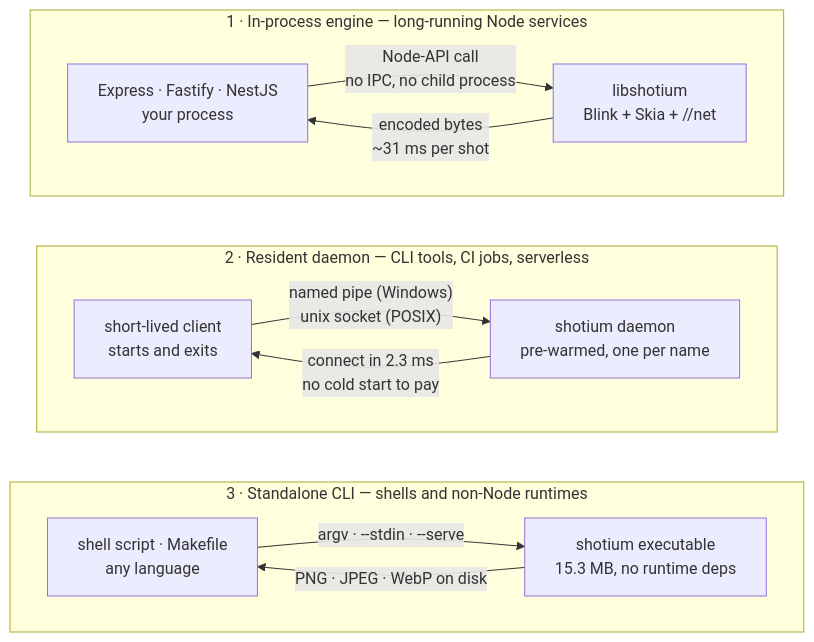
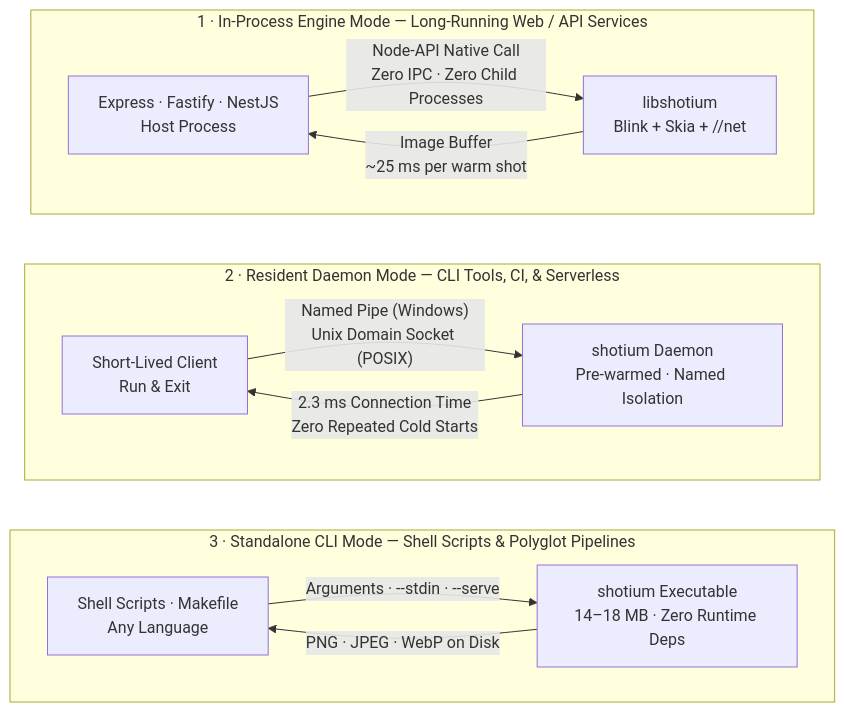
Before and after one commit to sj817/shotium: the first of 2 diagrams in README.md, drawn with Mermaid. The commit also changed other lines of this file and 3 other files, not shown here.

````diff
--- a/README.md
+++ b/README.md
@@ -168,28 +196,28 @@
 ```mermaid
 flowchart TB
-    subgraph inproc["1 · In-process engine — long-running Node services"]
+    subgraph inproc["1 · In-Process Engine Mode — Long-Running Web / API Services"]
         direction LR
-        APP["Express · Fastify · NestJS<br/>your process"]
+        APP["Express · Fastify · NestJS<br/>Host Process"]
         LIB["libshotium<br/>Blink + Skia + //net"]
-        APP -- "Node-API call<br/>no IPC, no child process" --> LIB
-        LIB -- "encoded bytes<br/>~31 ms per shot" --> APP
+        APP -- "Node-API Native Call<br/>Zero IPC · Zero Child Processes" --> LIB
+        LIB -- "Image Buffer<br/>~25 ms per warm shot" --> APP
     end
 
-    subgraph resident["2 · Resident daemon — CLI tools, CI jobs, serverless"]
+    subgraph resident["2 · Resident Daemon Mode — CLI Tools, CI, & Serverless"]
         direction LR
-        TASK["short-lived client<br/>starts and exits"]
-        DAEMON["shotium daemon<br/>pre-warmed, one per name"]
-        TASK -- "named pipe (Windows)<br/>unix socket (POSIX)" --> DAEMON
-        DAEMON -- "connect in 2.3 ms<br/>no cold start to pay" --> TASK
+        TASK["Short-Lived Client<br/>Run & Exit"]
+        DAEMON["shotium Daemon<br/>Pre-warmed · Named Isolation"]
+        TASK -- "Named Pipe (Windows)<br/>Unix Domain Socket (POSIX)" --> DAEMON
+        DAEMON -- "2.3 ms Connection Time<br/>Zero Repeated Cold Starts" --> TASK
     end
 
-    subgraph standalone["3 · Standalone CLI — shells and non-Node runtimes"]
+    subgraph standalone["3 · Standalone CLI Mode — Shell Scripts & Polyglot Pipelines"]
         direction LR
-        SHELL["shell script · Makefile<br/>any language"]
-        BIN["shotium executable<br/>15.3 MB, no runtime deps"]
-        SHELL -- "argv · --stdin · --serve" --> BIN
-        BIN -- "PNG · JPEG · WebP on disk" --> SHELL
+        SHELL["Shell Scripts · Makefile<br/>Any Language"]
+        BIN["shotium Executable<br/>14–18 MB · Zero Runtime Deps"]
+        SHELL -- "Arguments · --stdin · --serve" --> BIN
+        BIN -- "PNG · JPEG · WebP on Disk" --> SHELL
     end
 
     inproc ~~~ resident ~~~ standalone
 ```
````
